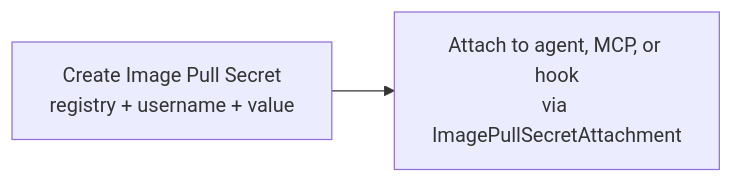
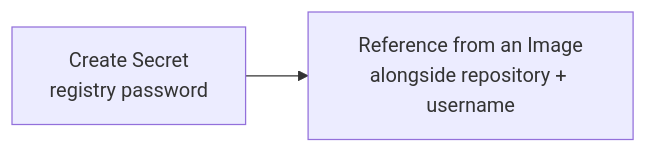
Before and after one commit to agynio/architecture: the fourth of 4 diagrams in architecture/providers.md, drawn with Mermaid. The commit also changed other lines of this file and 37 other files, not shown here.

Commit message:
Add image-catalog, image-pull-proxy, self-registration, runtime changes

````diff
--- a/architecture/providers.md
+++ b/architecture/providers.md
@@ -148,4 +134,4 @@
 ```mermaid
 flowchart LR
-    A[Create Image Pull Secret<br/>registry + username + value] --> B[Attach to agent, MCP, or hook<br/>via ImagePullSecretAttachment]
+    A[Create Secret<br/>registry password] --> B[Reference from an Image<br/>alongside repository + username]
 ```
````
